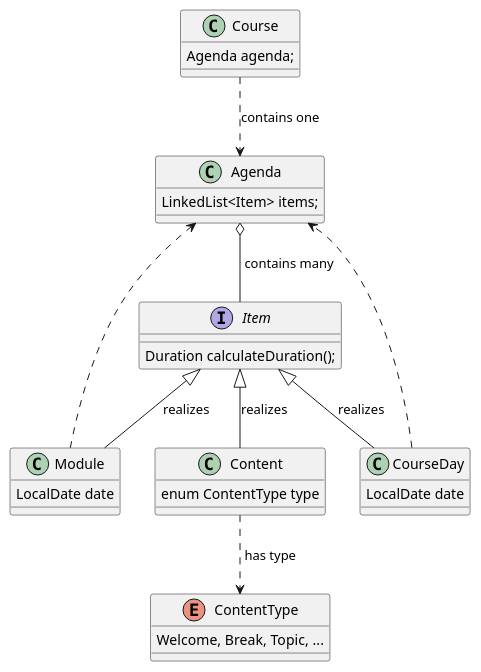
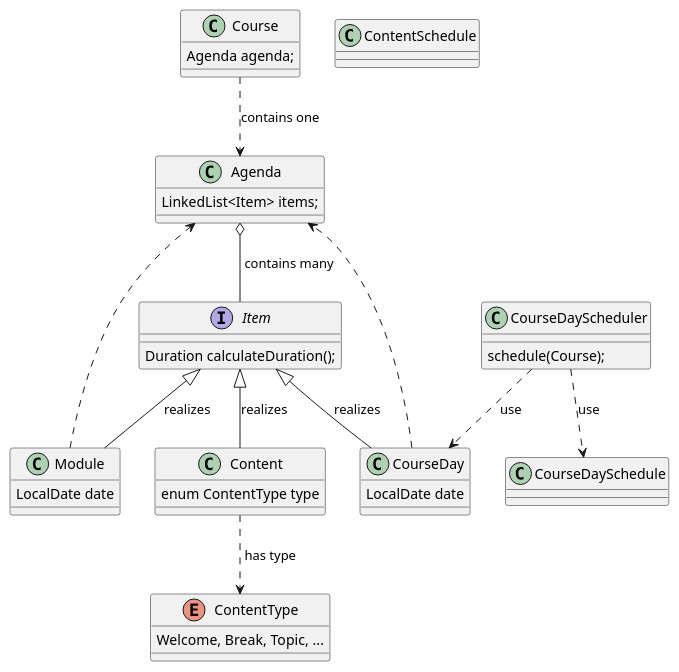
Before and after one commit to ThorstenEckstein/programmierung2-W3WI-109-ss24: the diagram in module-course-model/docs/diagrams/course-model.v1.puml, drawn with PlantUML.

Commit message:
diagram update

```diff
--- a/module-course-model/docs/diagrams/course-model.v1.puml
+++ b/module-course-model/docs/diagrams/course-model.v1.puml
@@ -1,39 +1,48 @@
 @startuml
 'https://plantuml.com/class-diagram
 
 skinparam groupInheritance 1
 
 scale 1.0
 
 class Course {
   Agenda agenda;
 }
 class Agenda {
   LinkedList<Item> items;
 }
 interface Item {
   Duration calculateDuration();
 }
 class CourseDay {
   LocalDate date
 }
 class Module {
   LocalDate date
 }
 class Content {
   enum ContentType type
 }
 enum ContentType {
   Welcome, Break, Topic, ...
 }
 
+class CourseDaySchedule {}
+class ContentSchedule {}
+class CourseDayScheduler {
+  schedule(Course);
+}
+
 Course      ..>     Agenda       : "contains one"
 CourseDay   ..>     Agenda
 Module      ..>     Agenda
 Agenda      o--     Item         : " contains many"
 Item        <|--    CourseDay    : "realizes"
 Item        <|--    Module       : "realizes"
 Item        <|--    Content      : "realizes"
 Content     ..>     ContentType  : " has type"
 
+CourseDayScheduler ..> CourseDay         : "use"
+CourseDayScheduler ..> CourseDaySchedule : "use"
+
 @enduml
```
